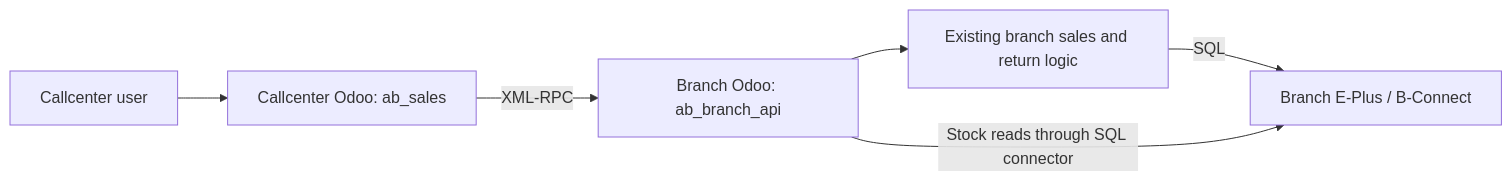
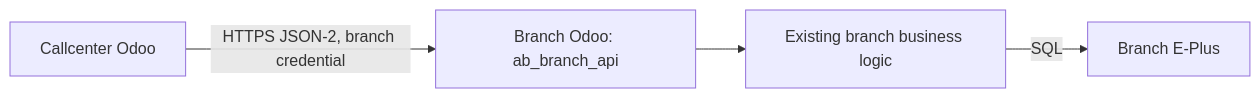
One commit to abdinpharmacies/hr changed the diagram in ab_sales/BRANCH_API_WORKFLOW.md. Above: the diagram before and after it, drawn with Mermaid. The commit also changed other lines of this file and 8 other files, not shown here.

Commit message:
ab_sales/edit after switching to json-2

````diff
--- a/ab_sales/BRANCH_API_WORKFLOW.md
+++ b/ab_sales/BRANCH_API_WORKFLOW.md
@@ -7,8 +5,6 @@
 ```mermaid
 flowchart LR
-    User[Callcenter user] --> CC[Callcenter Odoo: ab_sales]
-    CC -->|XML-RPC| API[Branch Odoo: ab_branch_api]
-    API --> Logic[Existing branch sales and return logic]
-    Logic -->|SQL| EPlus[Branch E-Plus / B-Connect]
-    API -->|Stock reads through SQL connector| EPlus
+    CC[Callcenter Odoo] -->|HTTPS JSON-2, branch credential| API[Branch Odoo: ab_branch_api]
+    API --> Logic[Existing branch business logic]
+    Logic -->|SQL| EP[Branch E-Plus]
 ```
````
